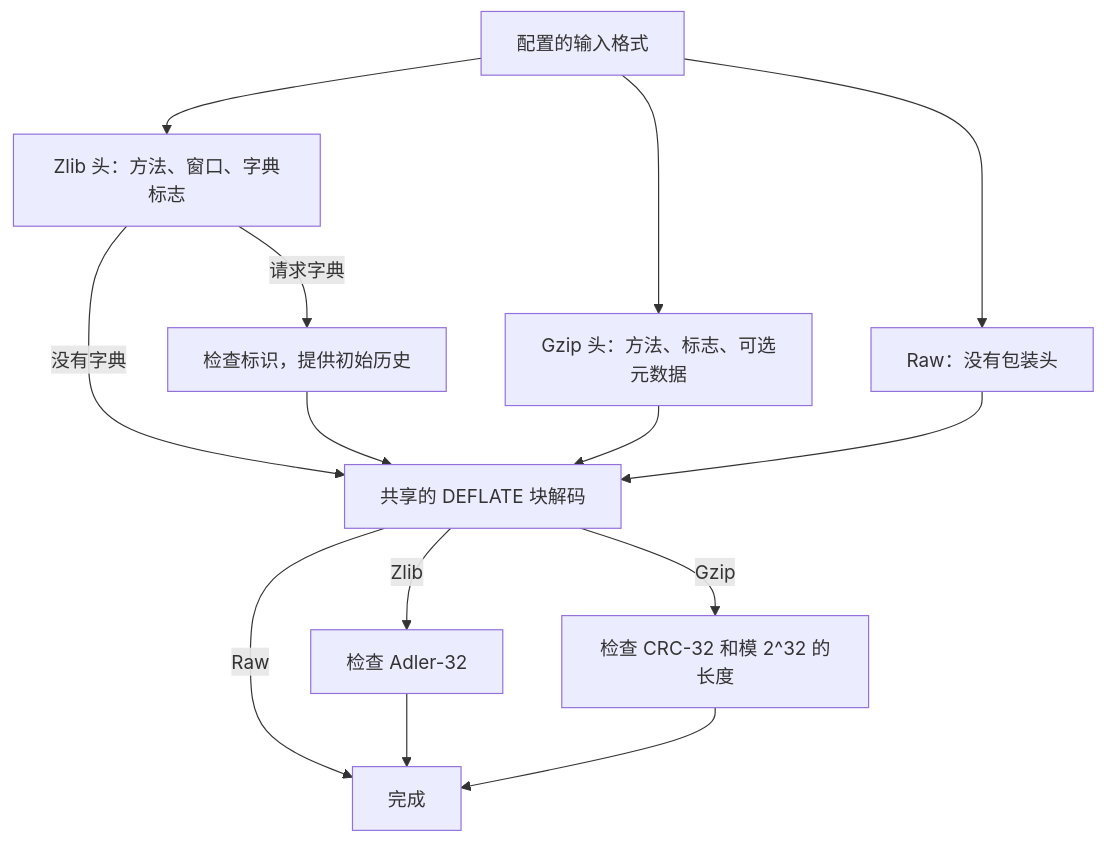
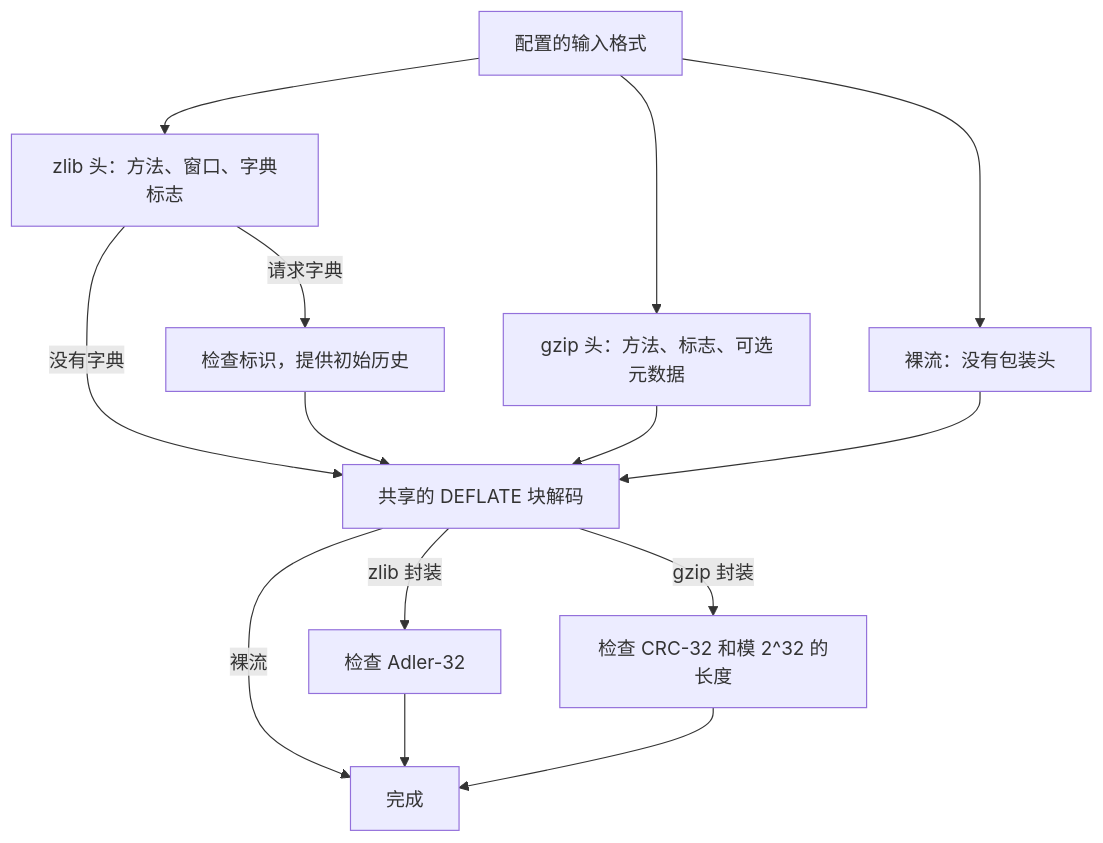
One commit to cla7aye15I4nd/zlib-f changed the first of 3 diagrams in docs/guide/wrappers.zh.md. Above: the diagram before and after it, drawn with Mermaid. The commit also changed other lines of this file and 237 other files, not shown here.

````diff
--- a/docs/guide/wrappers.zh.md
+++ b/docs/guide/wrappers.zh.md
@@ -41,16 +43,16 @@
 ```mermaid
 flowchart TD
-    select["配置的输入格式"] --> raw["Raw：没有包装头"]
-    select --> zh["Zlib 头：方法、窗口、字典标志"]
-    select --> gh["Gzip 头：方法、标志、可选元数据"]
+    select["配置的输入格式"] --> raw["裸流：没有包装头"]
+    select --> zh["zlib 头：方法、窗口、字典标志"]
+    select --> gh["gzip 头：方法、标志、可选元数据"]
     zh -->|"请求字典"| dict["检查标识，提供初始历史"]
     zh -->|"没有字典"| body["共享的 DEFLATE 块解码"]
     dict --> body
     gh --> body
     raw --> body
-    body -->|"Raw"| done["完成"]
-    body -->|"Zlib"| za["检查 Adler-32"]
-    body -->|"Gzip"| gc["检查 CRC-32 和模 2^32 的长度"]
+    body -->|"裸流"| done["完成"]
+    body -->|"zlib 封装"| za["检查 Adler-32"]
+    body -->|"gzip 封装"| gc["检查 CRC-32 和模 2^32 的长度"]
     za --> done
     gc --> done
 ```
````
